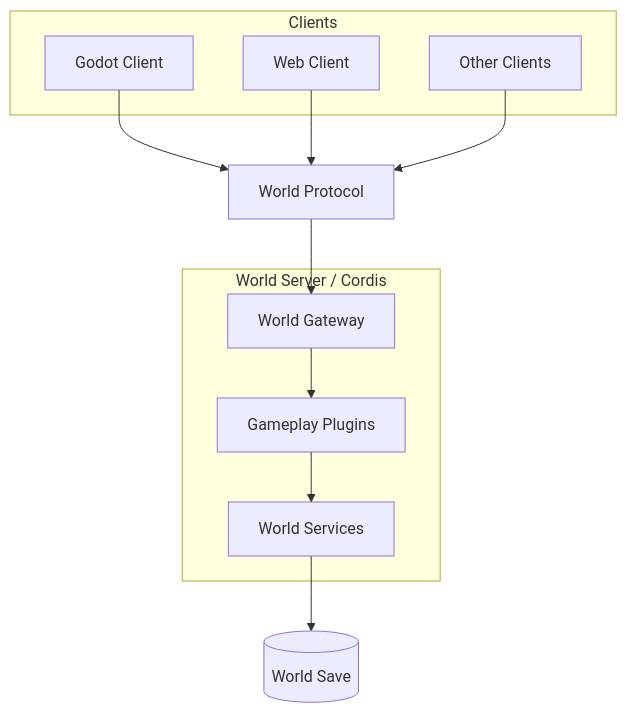
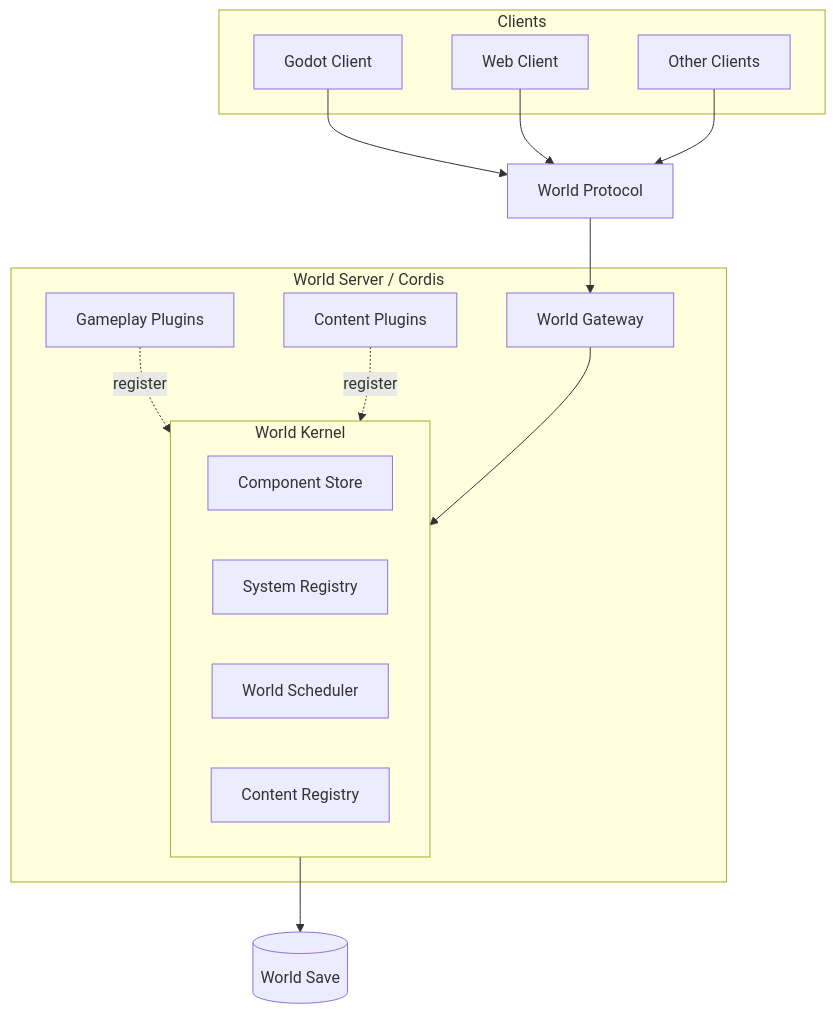
One commit to Ri0n72Y/idea-slime-bar changed the diagram in architecture/architecture.md. Above: the diagram before and after it, drawn with Mermaid. The commit also changed other lines of this file, not shown here.

Commit message:
architecture: define system-oriented world kernel

````diff
--- a/architecture/architecture.md
+++ b/architecture/architecture.md
@@ -11,26 +11,36 @@
 ```mermaid
 flowchart TB
     subgraph Clients[Clients]
         Godot[Godot Client]
         Web[Web Client]
         Other[Other Clients]
     end
 
     Protocol[World Protocol]
 
     subgraph Server[World Server / Cordis]
         Gateway[World Gateway]
+
+        subgraph Kernel[World Kernel]
+            Components[Component Store]
+            Systems[System Registry]
+            Scheduler[World Scheduler]
+            Content[Content Registry]
+        end
+
         Gameplay[Gameplay Plugins]
-        Services[World Services]
+        ContentPlugins[Content Plugins]
+
+        Gameplay -. register .-> Kernel
+        ContentPlugins -. register .-> Kernel
+        Gateway --> Kernel
     end
 
     Save[(World Save)]
 
     Godot --> Protocol
     Web --> Protocol
     Other --> Protocol
     Protocol --> Gateway
-    Gateway --> Gameplay
-    Gameplay --> Services
-    Services --> Save
+    Kernel --> Save
 ```
````
